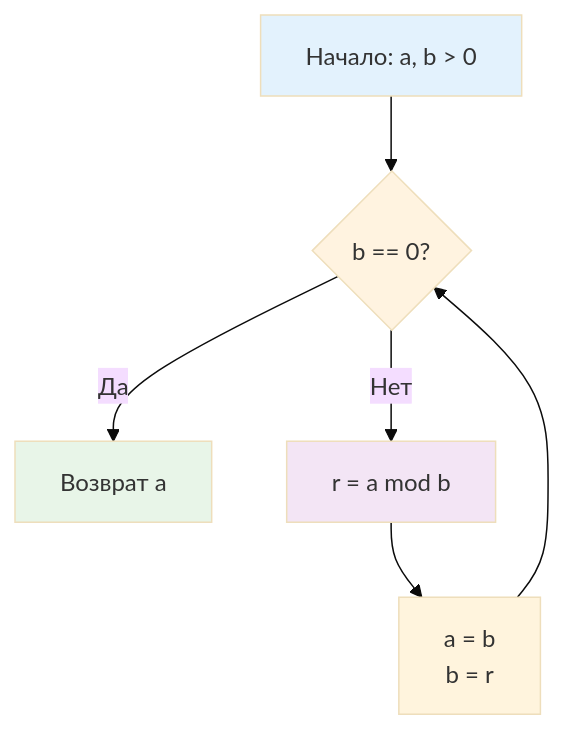
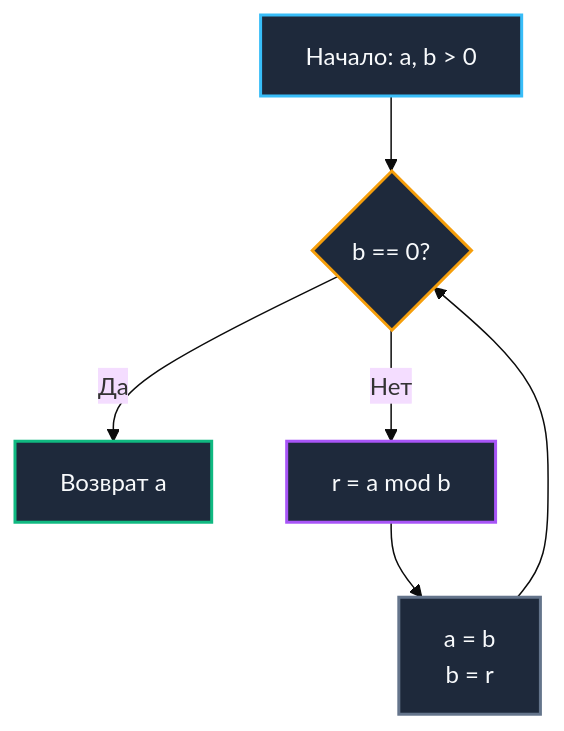
One commit to UnrealTemplier/go-textbook changed the diagram in sources/20. Алгоритмы и структуры данных (DSA) на Go/13. Численные и битовые алгоритмы/4. Алгоритм Евклида и GCD.md. Above: the diagram before and after it, drawn with Mermaid (base theme). The commit also changed other lines of this file, not shown here.

````diff
--- a/sources/20. Алгоритмы и структуры данных (DSA) на Go/13. Численные и битовые алгоритмы/4. Алгоритм Евклида и GCD.md
+++ b/sources/20. Алгоритмы и структуры данных (DSA) на Go/13. Численные и битовые алгоритмы/4. Алгоритм Евклида и GCD.md
@@ -19,13 +23,14 @@
 ```mermaid
 flowchart TD
     Start["Начало: a, b > 0"] --> Check{"b == 0?"}
     Check -->|Да| End["Возврат a"]
     Check -->|Нет| Mod["r = a mod b"]
-    Mod --> Shift["a = b<br>b = r"]
+    Mod --> Shift["a = b<br/>b = r"]
     Shift --> Check
 
-    style Start fill:#e3f2fd
-    style Check fill:#fff3e0
-    style End fill:#e8f5e8
-    style Mod fill:#f3e5f5
+    style Start fill:#1e293b,stroke:#38bdf8,stroke-width:2px,color:#f8fafc
+    style Check fill:#1e293b,stroke:#f59e0b,stroke-width:2px,color:#f8fafc
+    style End fill:#1e293b,stroke:#10b981,stroke-width:2px,color:#f8fafc
+    style Mod fill:#1e293b,stroke:#a855f7,stroke-width:2px,color:#f8fafc
+    style Shift fill:#1e293b,stroke:#64748b,stroke-width:2px,color:#f8fafc
 ```
````
